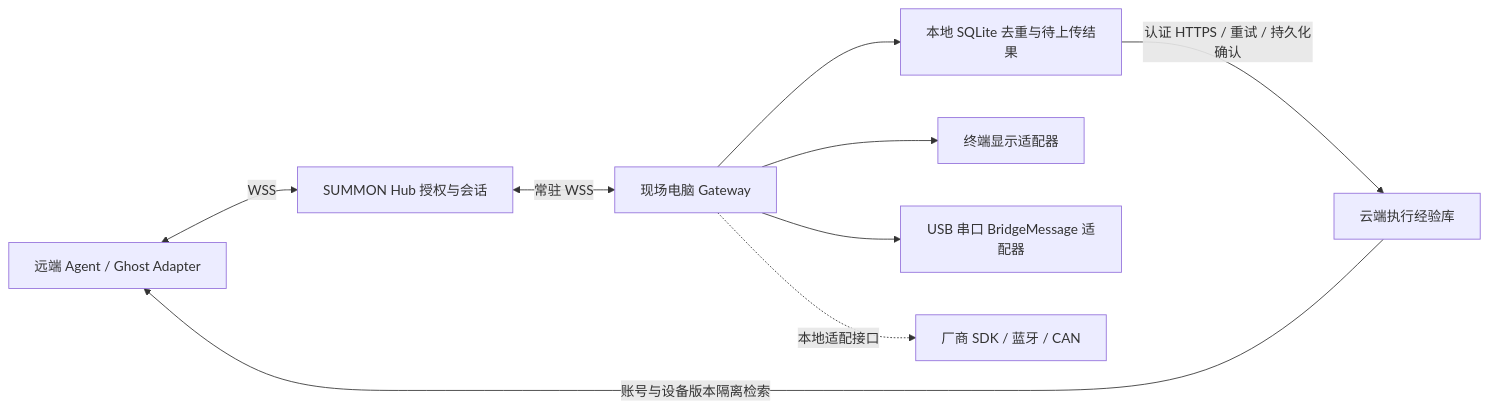
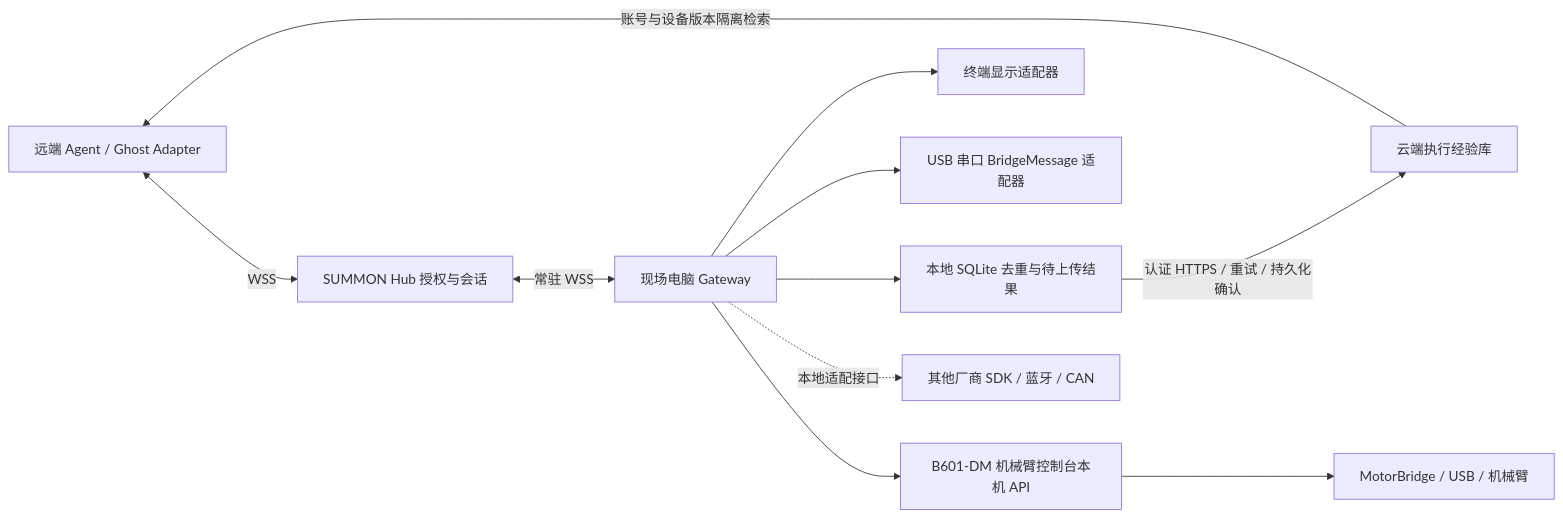
One commit to rfdiosuao/summon-protocol changed the diagram in docs/GATEWAY.md. Above: the diagram before and after it, drawn with Mermaid. The commit also changed other lines of this file and 8 other files, not shown here.

````diff
--- a/docs/GATEWAY.md
+++ b/docs/GATEWAY.md
@@ -11,11 +11,13 @@
 ```mermaid
 flowchart LR
   A[远端 Agent / Ghost Adapter] <-->|WSS| H[SUMMON Hub 授权与会话]
   H <-->|常驻 WSS| G[现场电脑 Gateway]
   G --> J[本地 SQLite 去重与待上传结果]
   J -->|认证 HTTPS / 重试 / 持久化确认| E[云端执行经验库]
   E -->|账号与设备版本隔离检索| A
   G --> T[终端显示适配器]
   G --> S[USB 串口 BridgeMessage 适配器]
-  G -. 本地适配接口 .-> V[厂商 SDK / 蓝牙 / CAN]
+  G --> C[B601-DM 机械臂控制台本机 API]
+  C --> R[MotorBridge / USB / 机械臂]
+  G -. 本地适配接口 .-> V[其他厂商 SDK / 蓝牙 / CAN]
 ```
````
